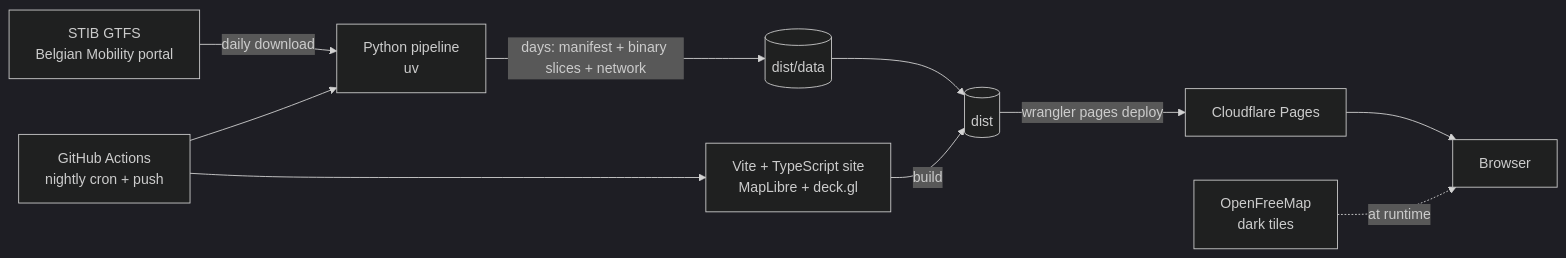
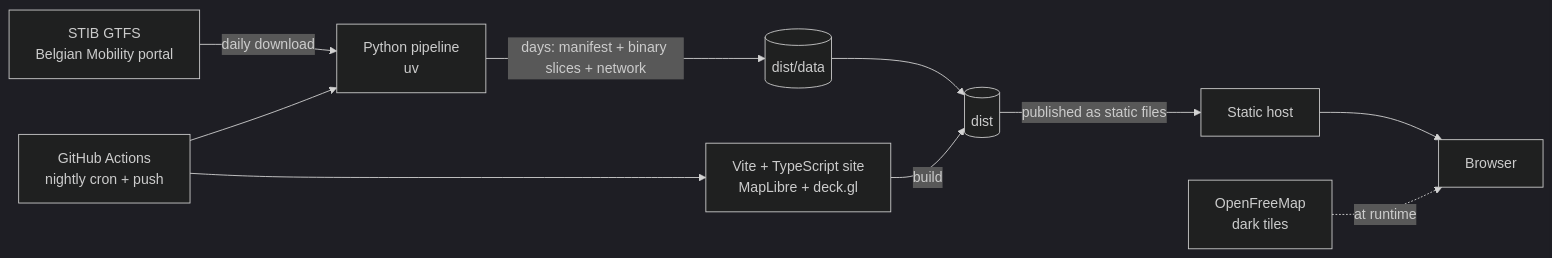
Before and after one commit to Resadan-dev/stib-viz: the diagram in ARCHITECTURE.md, drawn with Mermaid (dark theme). The commit also changed other lines of this file and 5 other files, not shown here.

````diff
--- a/ARCHITECTURE.md
+++ b/ARCHITECTURE.md
@@ -24,12 +24,12 @@
 ```mermaid
 flowchart LR
   A[STIB GTFS<br/>Belgian Mobility portal] -->|daily download| B[Python pipeline<br/>uv]
   B -->|days: manifest + binary slices + network| C[(dist/data)]
   D[Vite + TypeScript site<br/>MapLibre + deck.gl] -->|build| E[(dist)]
   C --> E
-  E -->|wrangler pages deploy| F[Cloudflare Pages]
+  E -->|published as static files| F[Static host]
   G[OpenFreeMap<br/>dark tiles] -.->|at runtime| H[Browser]
   F --> H
   I[GitHub Actions<br/>nightly cron + push] --> B
   I --> D
 ```
````
